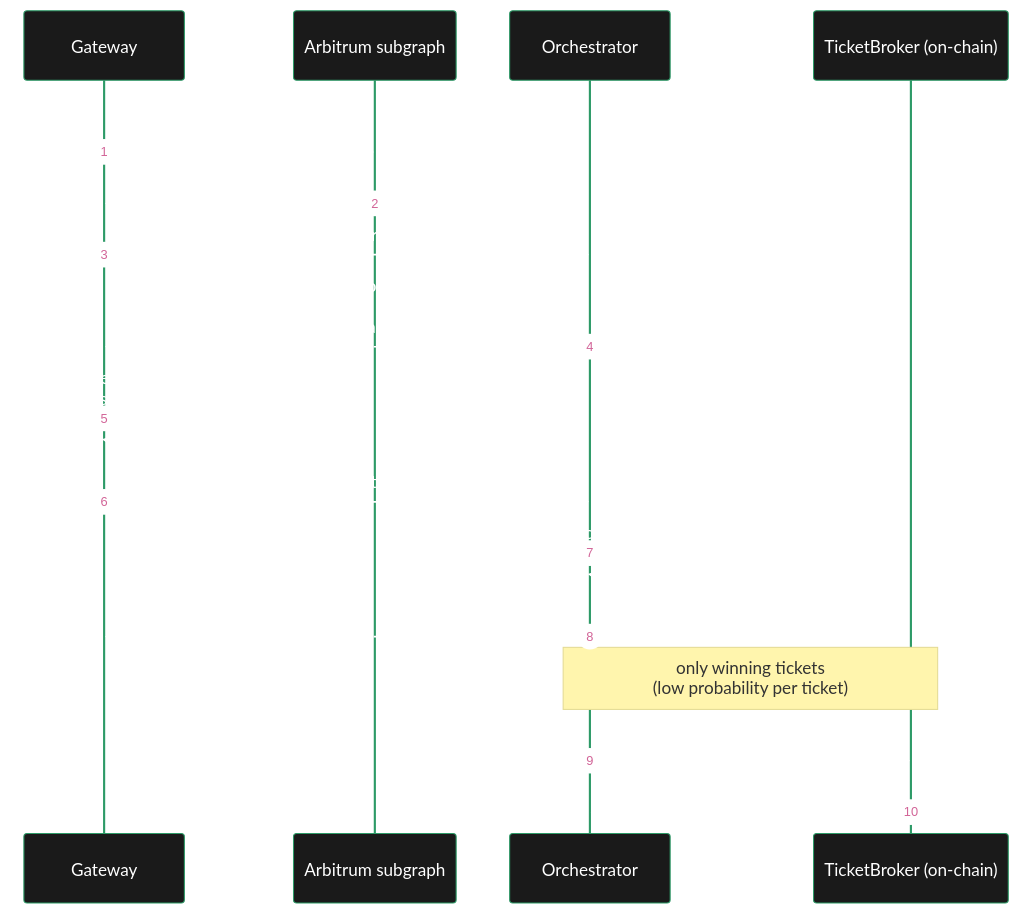
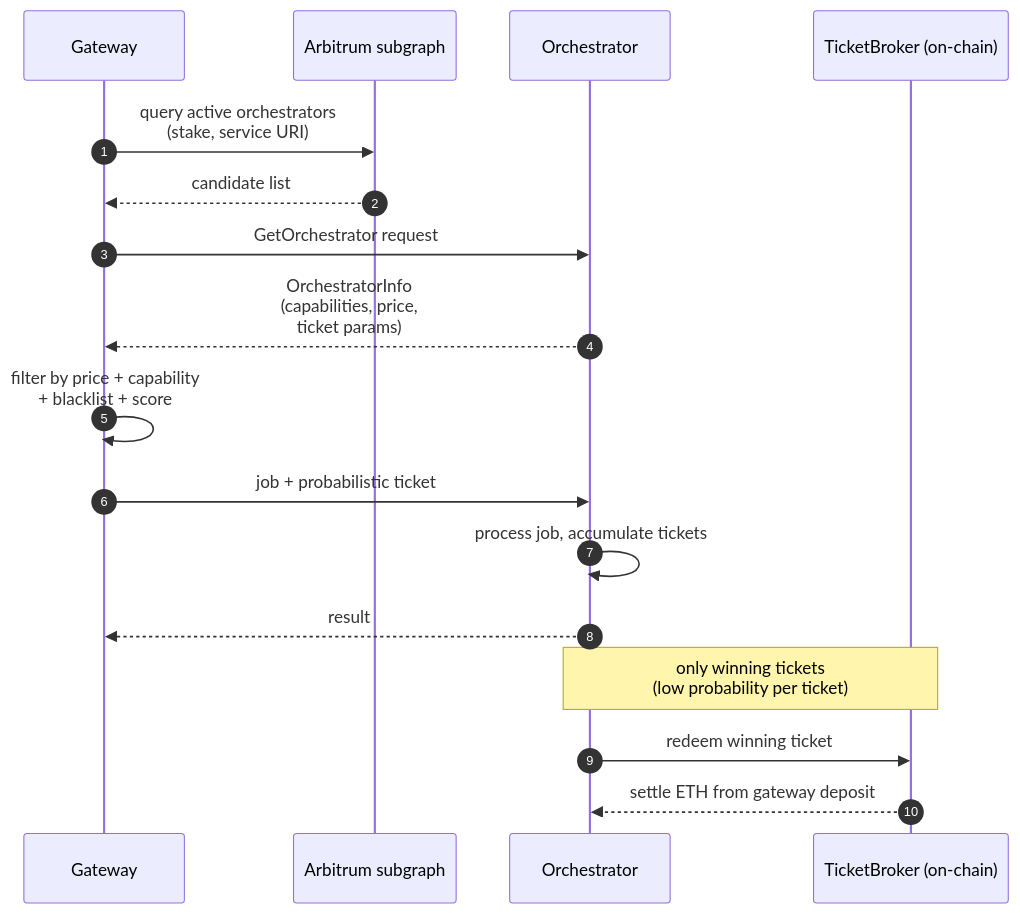
The fourth of 7 diagrams in v2/about/concepts/livepeer-stack.mdx (livepeer/docs), drawn with Mermaid before and after one commit. The commit also changed other lines of this file and 73 other files, not shown here.

````diff
--- a/v2/about/concepts/livepeer-stack.mdx
+++ b/v2/about/concepts/livepeer-stack.mdx
@@ -266,21 +270,21 @@
 ```mermaid
-%%{init: {'theme': 'base', 'themeVariables': { 'primaryColor': '#1a1a1a', 'primaryTextColor': '#fff', 'primaryBorderColor': '#2d9a67', 'lineColor': '#2d9a67', 'secondaryColor': '#0d0d0d', 'tertiaryColor': '#1a1a1a', 'background': '#0d0d0d', 'fontFamily': 'system-ui' }}}%%
+%%{init: {'theme': 'base', 'themeVariables': { 'primaryColor': '#1a1a1a', 'primaryTextColor': '#E0E4E0', 'primaryBorderColor': '#2b9a66', 'lineColor': '#2b9a66', 'secondaryColor': '#0d0d0d', 'tertiaryColor': '#1a1a1a', 'background': '#0d0d0d', 'fontFamily': "Inter, 'Inter Fallback', -apple-system, system-ui" }}}%%
 sequenceDiagram
     autonumber
     participant G as Gateway
     participant Sub as Arbitrum subgraph
     participant O as Orchestrator
     participant TB as TicketBroker (on-chain)
 
     G->>Sub: query active orchestrators<br/>(stake, service URI)
     Sub-->>G: candidate list
     G->>O: GetOrchestrator request
     O-->>G: OrchestratorInfo<br/>(capabilities, price,<br/>ticket params)
     G->>G: filter by price + capability<br/>+ blacklist + score
     G->>O: job + probabilistic ticket
     O->>O: process job, accumulate tickets
     O-->>G: result
     Note over O,TB: only winning tickets<br/>(low probability per ticket)
     O->>TB: redeem winning ticket
     TB-->>O: settle ETH from gateway deposit
 ```
````
